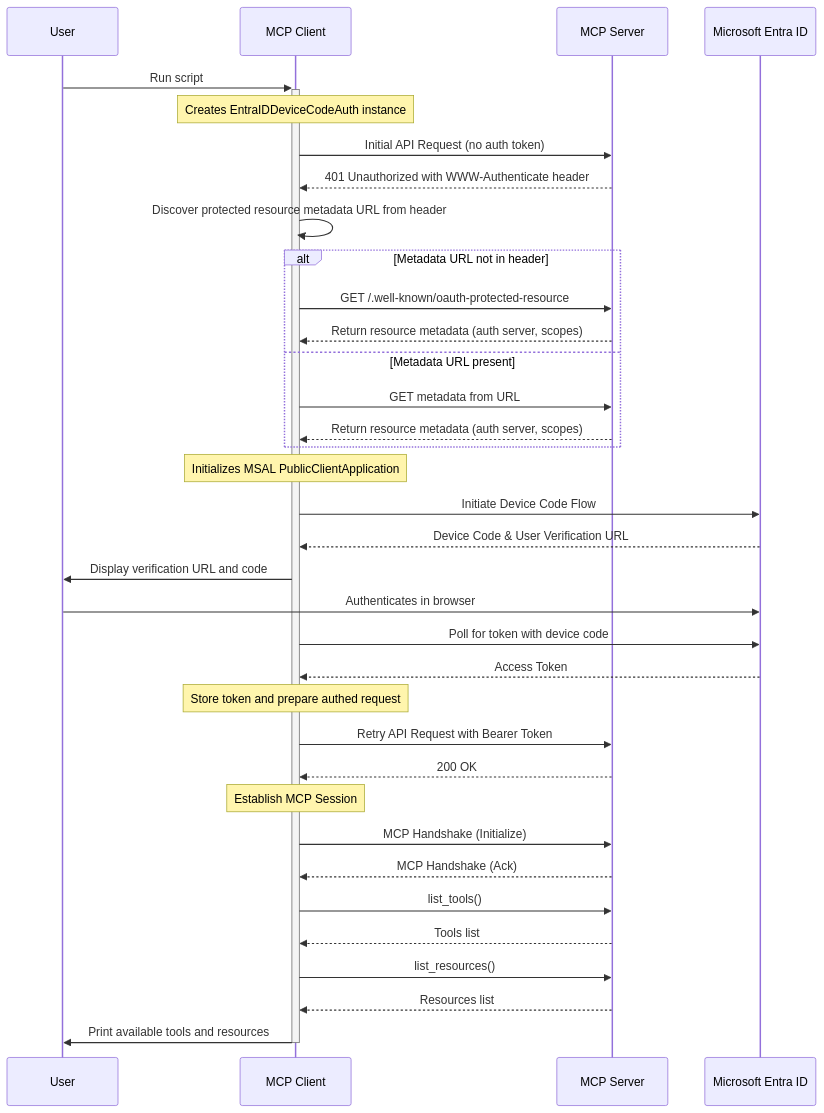
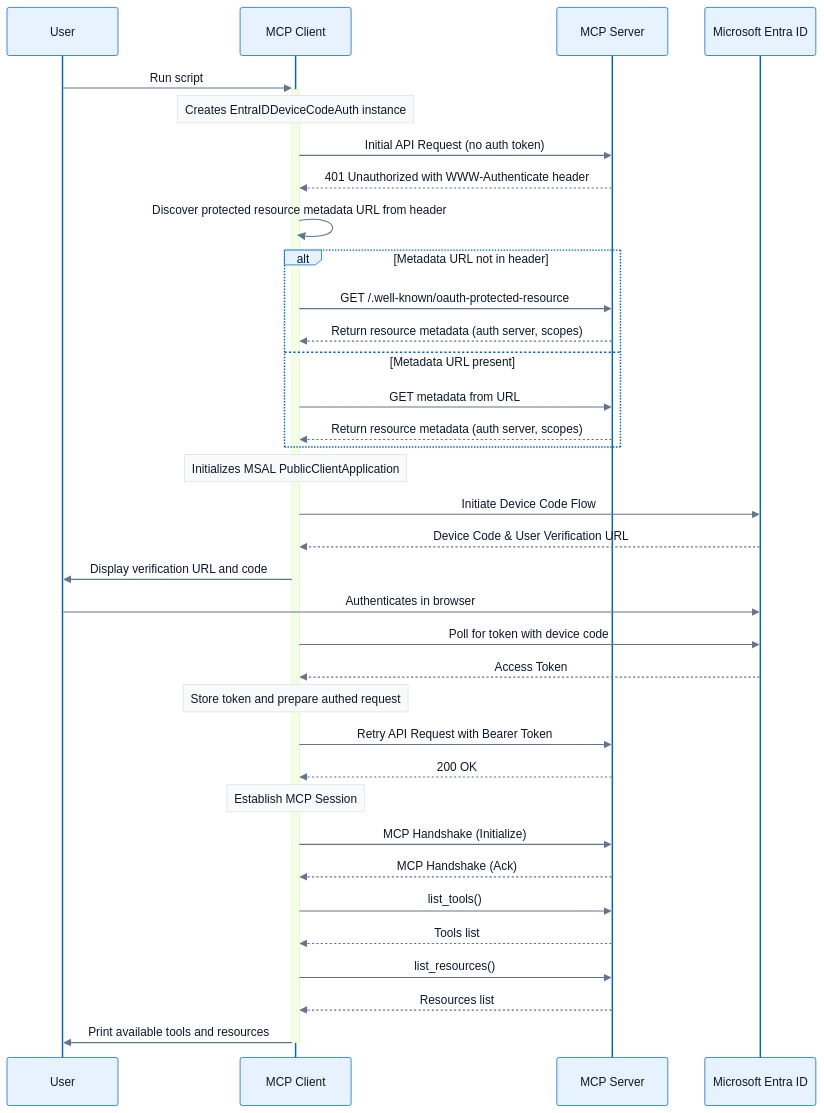
The second of 5 diagrams in README.md (huangyingting/mcp-workshop), drawn with Mermaid before and after one commit. The commit also changed other lines of this file, not shown here.

````diff
--- a/README.md
+++ b/README.md
@@ -320,48 +328,62 @@
 ```mermaid
+%%{init: {'theme': 'base', 'themeVariables': {
+  'fontFamily': 'Inter,Segoe UI,Arial,sans-serif',
+  'primaryColor': '#e6f3ff',
+  'primaryBorderColor': '#0066cc',
+  'primaryTextColor': '#0f172a',
+  'tertiaryColor': '#f8fafc',
+  'lineColor': '#64748b',
+  'actorBkg': '#e6f3ff',
+  'actorBorderColor': '#0066cc',
+  'signalColor': '#64748b',
+  'signalTextColor': '#0f172a',
+  'noteBkgColor': '#f8fafc',
+  'noteTextColor': '#0f172a'
+}}}%%
 sequenceDiagram
     participant User
     participant Client as MCP Client
     participant MCPServer as MCP Server
     participant EntraID as Microsoft Entra ID
 
     User->>+Client: Run script
 
     Note over Client: Creates EntraIDDeviceCodeAuth instance
     Client->>MCPServer: Initial API Request (no auth token)
     MCPServer-->>Client: 401 Unauthorized with WWW-Authenticate header
 
     Client->>Client: Discover protected resource metadata URL from header
     alt Metadata URL not in header
         Client->>MCPServer: GET /.well-known/oauth-protected-resource
         MCPServer-->>Client: Return resource metadata (auth server, scopes)
     else Metadata URL present
         Client->>MCPServer: GET metadata from URL
         MCPServer-->>Client: Return resource metadata (auth server, scopes)
     end
 
     Note over Client: Initializes MSAL PublicClientApplication
     Client->>EntraID: Initiate Device Code Flow
     EntraID-->>Client: Device Code & User Verification URL
 
     Client->>User: Display verification URL and code
     User->>EntraID: Authenticates in browser
     
     Client->>EntraID: Poll for token with device code
     EntraID-->>Client: Access Token
 
     Note over Client: Store token and prepare authed request
     Client->>MCPServer: Retry API Request with Bearer Token
     MCPServer-->>Client: 200 OK
 
     Note over Client: Establish MCP Session
     Client->>MCPServer: MCP Handshake (Initialize)
     MCPServer-->>Client: MCP Handshake (Ack)
 
     Client->>MCPServer: list_tools()
     MCPServer-->>Client: Tools list
 
     Client->>MCPServer: list_resources()
     MCPServer-->>Client: Resources list
 
     Client->>-User: Print available tools and resources
 ```
````
